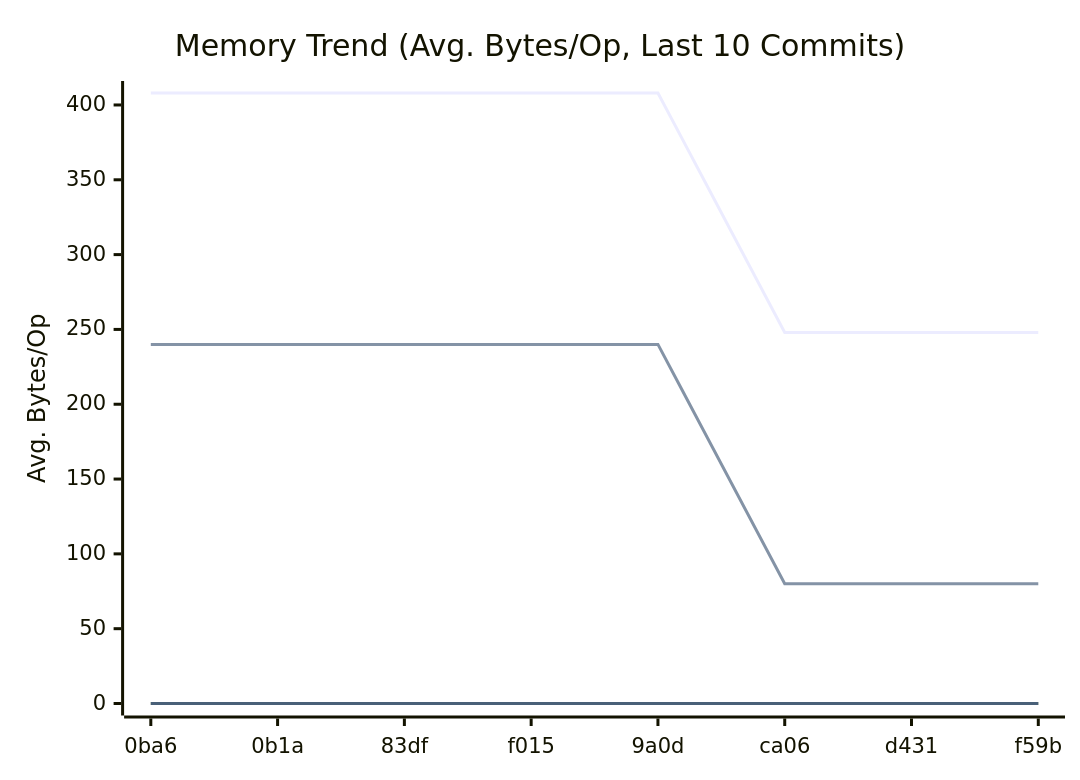
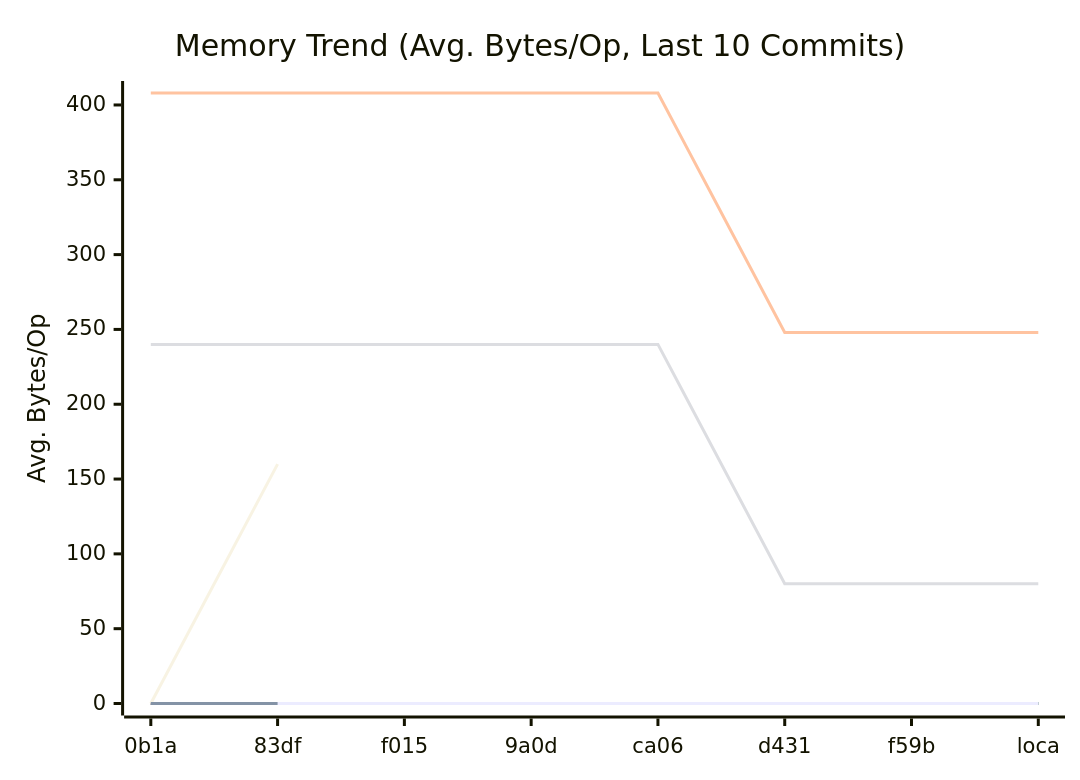
One commit to alsotoes/momo changed the second of 3 diagrams in docs/PERFORMANCE.md. Above: the diagram before and after it, drawn with Mermaid. The commit also changed other lines of this file and 3 other files, not shown here.

````diff
--- a/docs/PERFORMANCE.md
+++ b/docs/PERFORMANCE.md
@@ -87,19 +100,21 @@
 ```mermaid
 xychart-beta
     title "Memory Trend (Avg. Bytes/Op, Last 10 Commits)"
     x-axis "Commit"
     y-axis "Avg. Bytes/Op"
-    x-axis [0ba6,0b1a,83df,f015,9a0d,ca06,d431,f59b]
+    x-axis [0b1a,83df,f015,9a0d,ca06,d431,f59b,loca]
     line "CheckMetricsAndSwap" [0,0,0,0,0,0,0,0,0,0]
-    line "CheckMetricsAndSwap" [0]
+    line "CheckMetricsAndSwap" [0,0]
+    line "CrushOptimized" [0]
+    line "CrushOriginal" [164]
     line "IndexDirectTracking" [0,0,0,0,0,0,0,0,0,0]
-    line "IndexDirectTracking" [0]
+    line "IndexDirectTracking" [0,0]
     line "IndexSearch" [0,0,0,0,0,0,0,0,0,0]
-    line "IndexSearch" [0]
+    line "IndexSearch" [0,0]
     line "LoadGlobalConfig" [0,0,0,0,0,0,0,0,0,0]
-    line "LoadGlobalConfig" [0]
+    line "LoadGlobalConfig" [0,160]
     line "PadString" [0,0,0,0,0,0,0,0,0,0]
-    line "PadString" [0]
+    line "PadString" [0,0]
     line "ParseReplicationOrder_NoPrealloc" [408,408,408,408,408,248,248,248,248,248]
     line "ParseReplicationOrder_Prealloc" [240,240,240,240,240,80,80,80,80,80]
 ```
````
